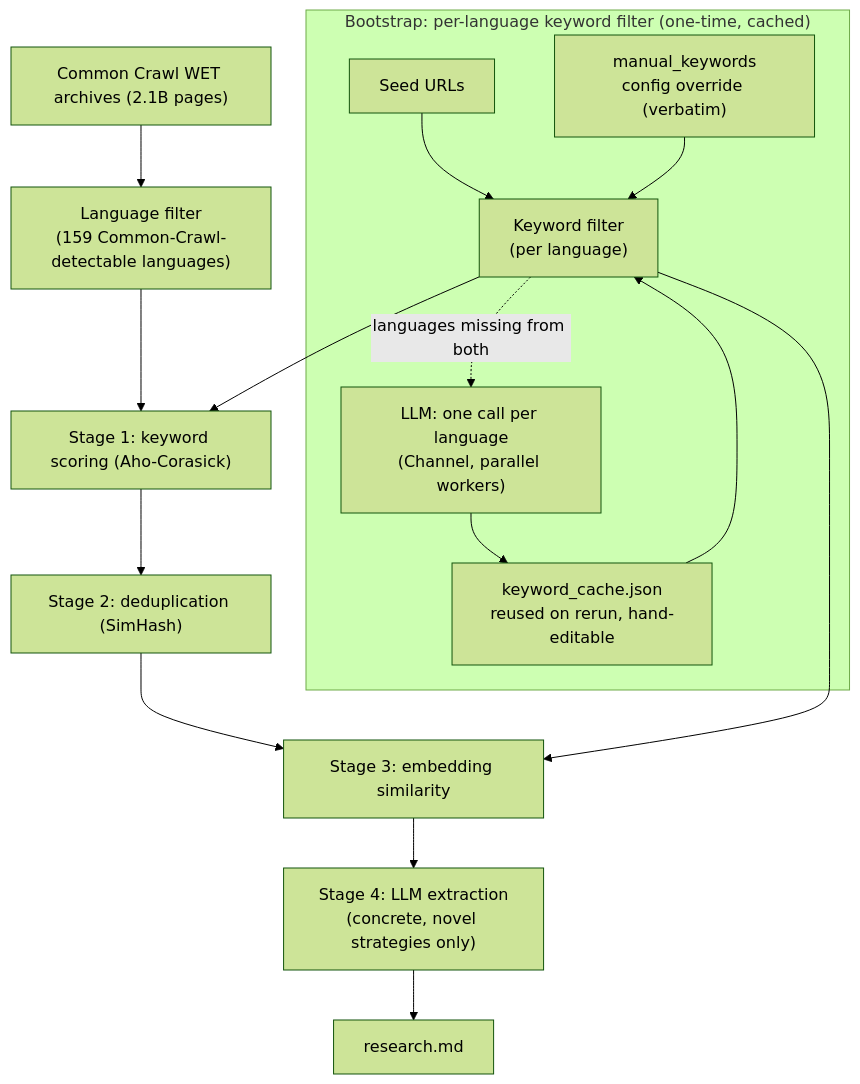
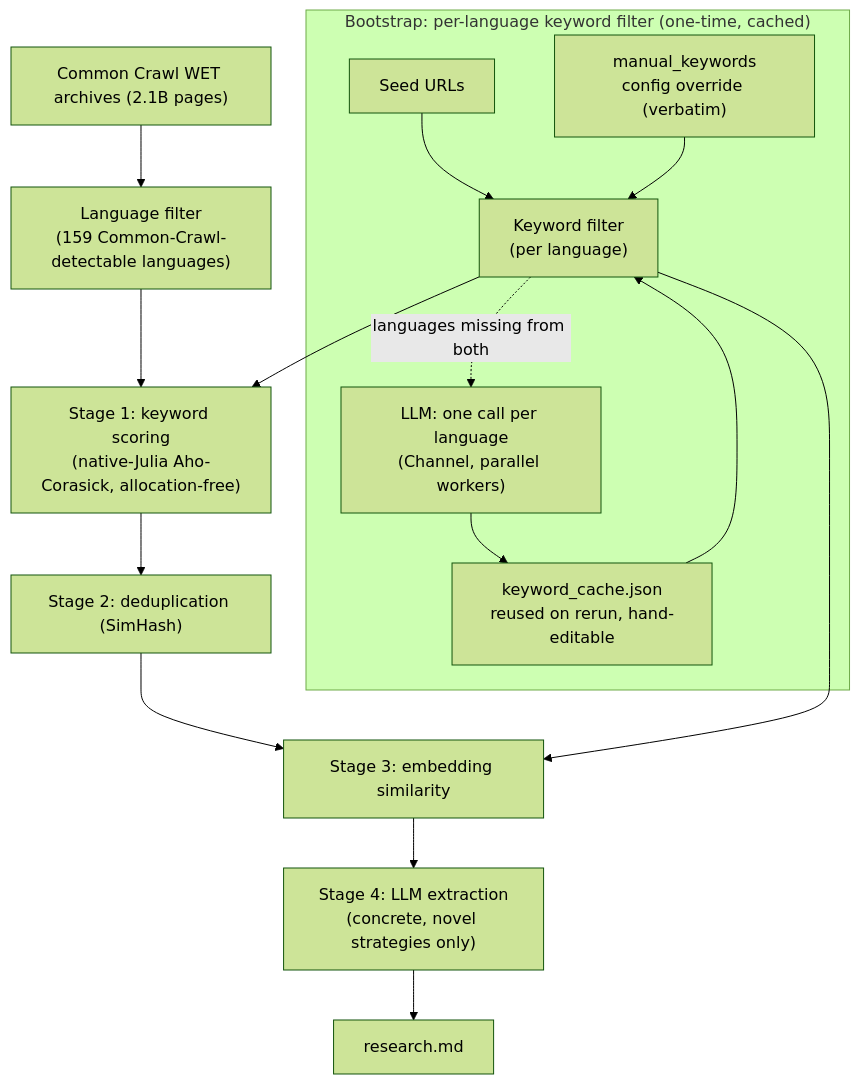
The diagram in README.md (D3MZ/MonsieurPapin.jl), drawn with Mermaid (forest theme) before and after one commit. The commit also changed other lines of this file and 8 other files, not shown here.

First line of the commit message:
Replace Rust aho-corasick with native-Julia FastAhoCorasick (3.44× faster, 0 allocs) (#8)

````diff
--- a/README.md
+++ b/README.md
@@ -103,19 +109,19 @@
 ```mermaid
 flowchart TD
     A["Common Crawl WET archives (2.1B pages)"] --> L["Language filter<br/>(159 Common-Crawl-detectable languages)"]
-    L --> B["Stage 1: keyword scoring (Aho-Corasick)"]
+    L --> B["Stage 1: keyword scoring<br/>(native-Julia Aho-Corasick, allocation-free)"]
     B --> C["Stage 2: deduplication (SimHash)"]
     C --> D["Stage 3: embedding similarity"]
     D --> E["Stage 4: LLM extraction<br/>(concrete, novel strategies only)"]
     E --> F["research.md"]
 
     subgraph BOOT["Bootstrap: per-language keyword filter (one-time, cached)"]
       S["Seed URLs"] --> KF["Keyword filter<br/>(per language)"]
       MK["manual_keywords<br/>config override (verbatim)"] --> KF
       KC["keyword_cache.json<br/>reused on rerun, hand-editable"] --> KF
       KF -.->|languages missing from both| GEN["LLM: one call per language<br/>(Channel, parallel workers)"]
       GEN --> KC
     end
     KF --> B
     KF --> D
 ```
````
